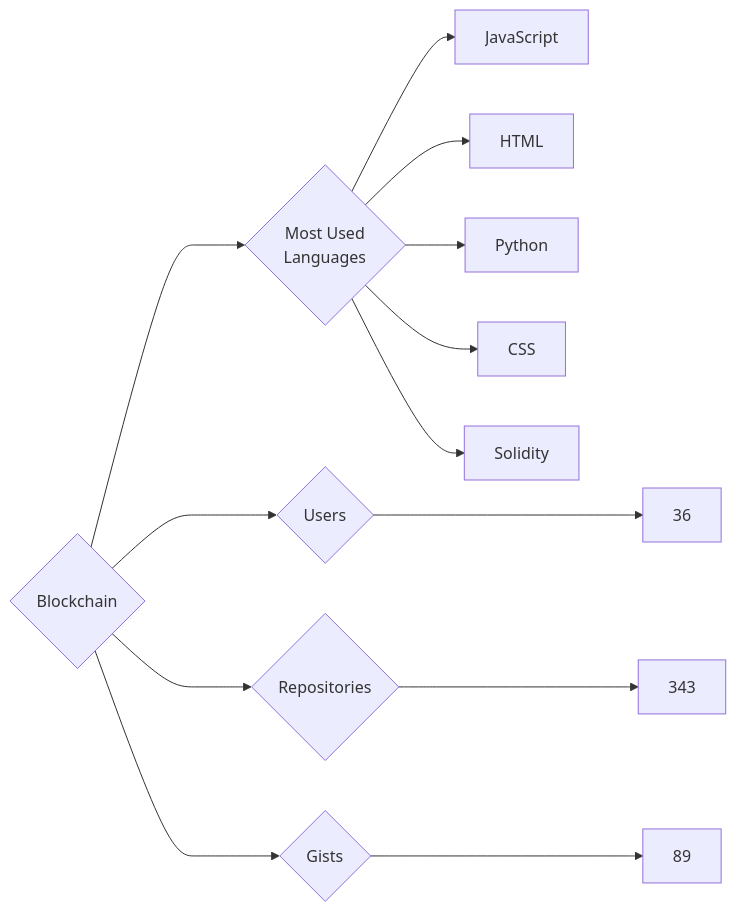
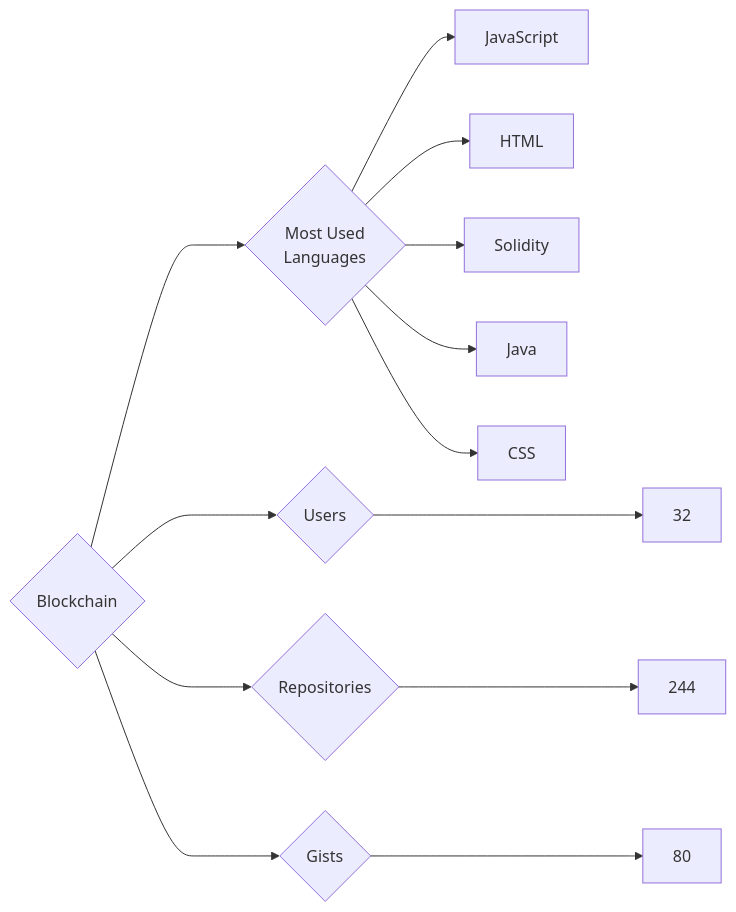
Before and after one commit to trickest/insiders: the diagram in targets/Blockchain/README.md, drawn with Mermaid. The commit also changed 723 other files, not shown here.

````diff
--- a/targets/Blockchain/README.md
+++ b/targets/Blockchain/README.md
@@ -3,13 +3,13 @@
 ```mermaid
 graph LR
 COMPANY_NAME{Blockchain}
-COMPANY_NAME ---> U{Users} ---> UN[36]
-COMPANY_NAME ---> R{Repositories} ---> RN[343]
-COMPANY_NAME ---> G{Gists} ---> GN[89]
+COMPANY_NAME ---> U{Users} ---> UN[32]
+COMPANY_NAME ---> R{Repositories} ---> RN[244]
+COMPANY_NAME ---> G{Gists} ---> GN[80]
 COMPANY_NAME ---> ML{Most Used<br>Languages}
 ML --> JavaScript[JavaScript]
 ML --> HTML[HTML]
-ML --> Python[Python]
+ML --> Solidity[Solidity]
+ML --> Java[Java]
 ML --> CSS[CSS]
-ML --> Solidity[Solidity]
 ```
````
